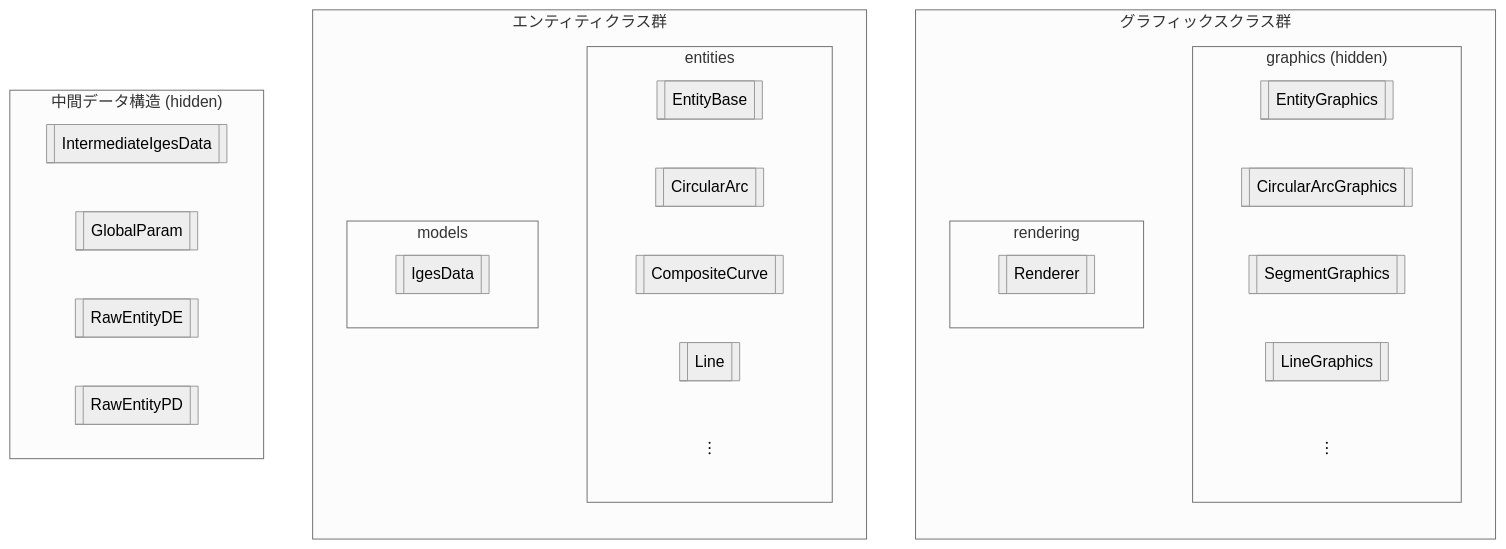
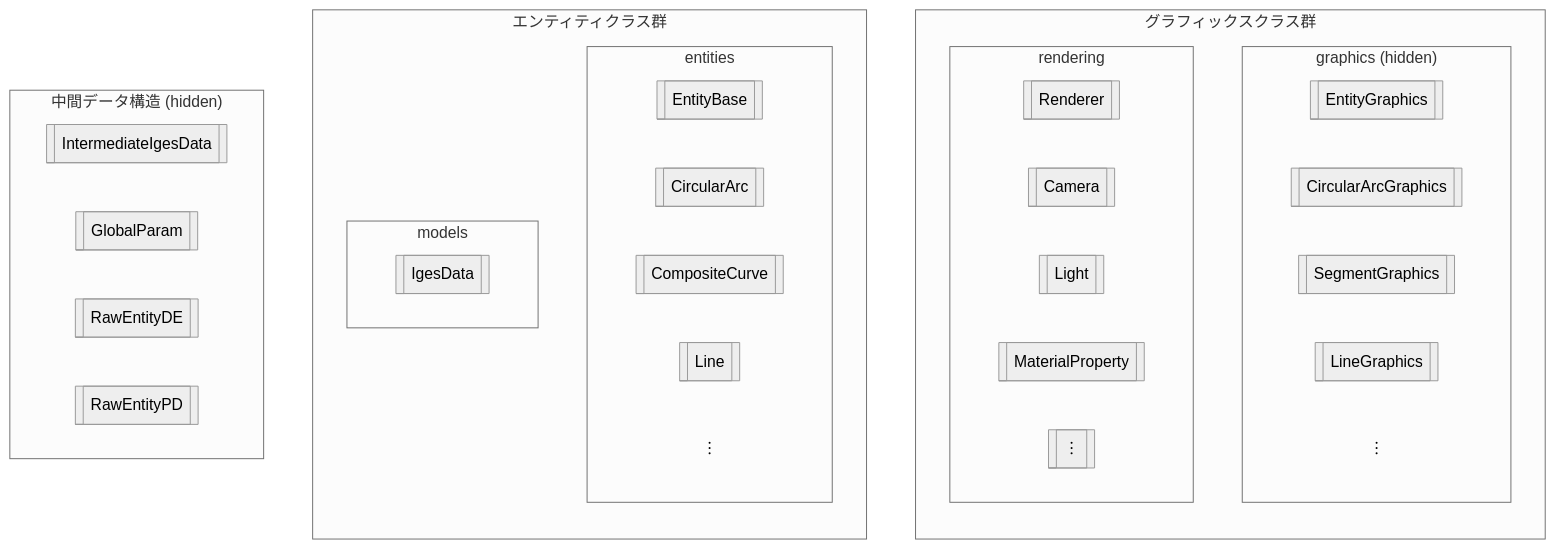
One commit to YayoiHabami/IGESio changed the diagram in docs/class_structure_ja.md. Above: the diagram before and after it, drawn with Mermaid (neutral theme). The commit also changed 35 other files, not shown here.

````diff
--- a/docs/class_structure_ja.md
+++ b/docs/class_structure_ja.md
@@ -19,43 +19,47 @@
 ```mermaid
 flowchart TD
     subgraph "グラフィックスクラス群"
         direction TB
         subgraph "graphics (hidden)"
             direction LR
             g1[[EntityGraphics]]
             g2[[CircularArcGraphics]]
             g3[[SegmentGraphics]]
             g4[[LineGraphics]]
             y[[︙]]
         end
         subgraph "rendering"
             direction LR
             gr1[[Renderer]]
+            gr2[[Camera]]
+            gr3[[Light]]
+            gr4[[MaterialProperty]]
+            z[[︙]]
         end
     end
     subgraph "エンティティクラス群"
         direction TB
         subgraph "entities"
             direction LR
             e1[[EntityBase]]
             e2[[CircularArc]]
             e3[[CompositeCurve]]
             e4[[Line]]
             x[[︙]]
         end
         subgraph "models"
             direction LR
             em1[[IgesData]]
         end
     end
     subgraph "中間データ構造 (hidden)"
         direction LR
         i1[[IntermediateIgesData]]
         i2[[GlobalParam]]
         i3[[RawEntityDE]]
         i4[[RawEntityPD]]
     end
 
 style x fill:#fff0, stroke:#fff0
 style y fill:#fff0, stroke:#fff0
 ```
````
